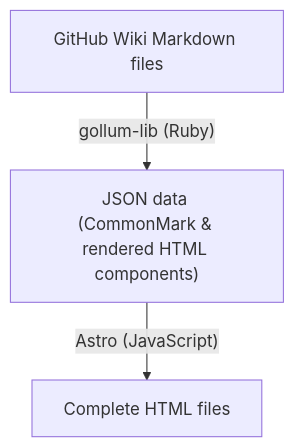
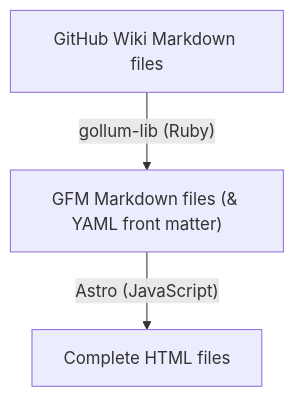
Before and after one commit to yuuki7/github-wiki-to-html: the diagram in README.md, drawn with Mermaid. The commit also changed other lines of this file and 35 other files, not shown here.

Commit message:
Convert wiki pages to GFM Markdown for Astro content collections

````diff
--- a/README.md
+++ b/README.md
@@ -18,5 +18,5 @@
 ```mermaid
 graph TD
-    A["GitHub Wiki Markdown files"] -->|"gollum-lib (Ruby)"| B["JSON data (CommonMark & rendered HTML components)"]
+    A["GitHub Wiki Markdown files"] -->|"gollum-lib (Ruby)"| B["GFM Markdown files (& YAML front matter)"]
     B -->|"Astro (JavaScript)"| C["Complete HTML files"]
 ```
````
